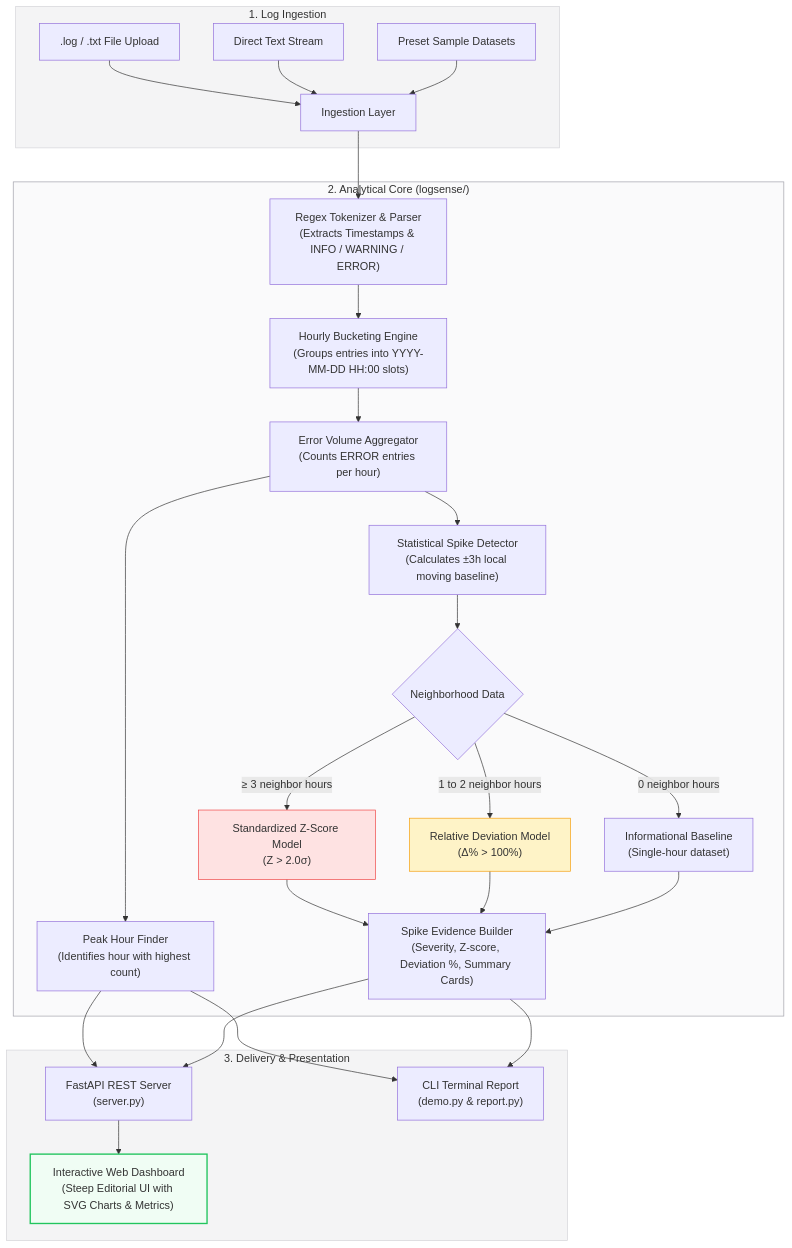
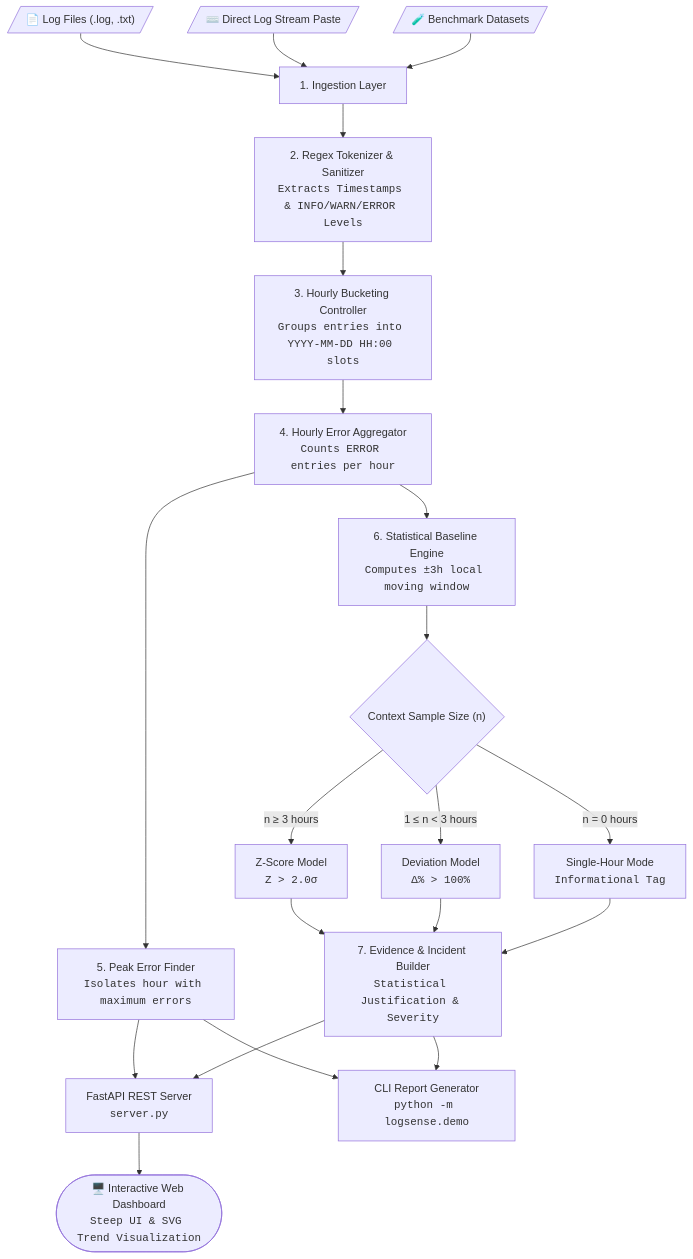
The first of 2 diagrams in README.md (Kanneboinashivakumar/LogSense), drawn with Mermaid before and after one commit. The commit also changed other lines of this file, not shown here.

Commit message:
docs: use clean theme-adaptive Mermaid syntax for architecture diagrams

````diff
--- a/README.md
+++ b/README.md
@@ -56,41 +56,35 @@
 ```mermaid
 flowchart TD
-    subgraph Inputs["1. Log Ingestion"]
-        A[".log / .txt File Upload"] --> D["Ingestion Layer"]
-        B["Direct Text Stream"] --> D
-        C["Preset Sample Datasets"] --> D
-    end
+    %% Inputs
+    In1[/"📄 Log Files (.log, .txt)"/] --> Ingest["1. Ingestion Layer"]
+    In2[/"⌨️ Direct Log Stream Paste"/] --> Ingest
+    In3[/"🧪 Benchmark Datasets"/] --> Ingest
 
-    subgraph CoreEngine["2. Analytical Core (logsense/)"]
-        D --> E["Regex Tokenizer & Parser<br/>(Extracts Timestamps & INFO / WARNING / ERROR)"]
-        E --> F["Hourly Bucketing Engine<br/>(Groups entries into YYYY-MM-DD HH:00 slots)"]
-        F --> G["Error Volume Aggregator<br/>(Counts ERROR entries per hour)"]
-        
-        G --> H["Peak Hour Finder<br/>(Identifies hour with highest count)"]
-        G --> I["Statistical Spike Detector<br/>(Calculates ±3h local moving baseline)"]
-        
-        I --> J{"Neighborhood Data"}
-        J -->|"≥ 3 neighbor hours"| K["Standardized Z-Score Model<br/>(Z > 2.0σ)"]
-        J -->|"1 to 2 neighbor hours"| L["Relative Deviation Model<br/>(Δ% > 100%)"]
-        J -->|"0 neighbor hours"| M["Informational Baseline<br/>(Single-hour dataset)"]
-        
-        K --> N["Spike Evidence Builder<br/>(Severity, Z-score, Deviation %, Summary Cards)"]
-        L --> N
-        M --> N
-    end
+    %% Core Pipeline
+    Ingest --> Parse["2. Regex Tokenizer & Sanitizer<br/><code>Extracts Timestamps & INFO/WARN/ERROR Levels</code>"]
+    Parse --> Bucket["3. Hourly Bucketing Controller<br/><code>Groups entries into YYYY-MM-DD HH:00 slots</code>"]
+    Bucket --> Agg["4. Hourly Error Aggregator<br/><code>Counts ERROR entries per hour</code>"]
 
-    subgraph Outputs["3. Delivery & Presentation"]
-        H --> O["FastAPI REST Server<br/>(server.py)"]
-        N --> O
-        H --> P["CLI Terminal Report<br/>(demo.py & report.py)"]
-        N --> P
-        O --> Q["Interactive Web Dashboard<br/>(Steep Editorial UI with SVG Charts & Metrics)"]
-    end
+    %% Analytics
+    Agg --> Peak["5. Peak Error Finder<br/><code>Isolates hour with maximum errors</code>"]
+    Agg --> Spike["6. Statistical Baseline Engine<br/><code>Computes ±3h local moving window</code>"]
 
-    style Inputs fill:#f4f4f5,stroke:#d4d4d8,stroke-width:1px
-    style CoreEngine fill:#fafafb,stroke:#a1a1aa,stroke-width:1px
-    style Outputs fill:#f4f4f5,stroke:#d4d4d8,stroke-width:1px
-    style K fill:#fee2e2,stroke:#ef4444,stroke-width:1px
-    style L fill:#fef3c7,stroke:#f59e0b,stroke-width:1px
-    style Q fill:#f0fdf4,stroke:#22c55e,stroke-width:2px
+    %% Decision Branch
+    Spike --> Eval{"Context Sample Size (n)"}
+    Eval -->|"n ≥ 3 hours"| ZScore["Z-Score Model<br/><code>Z > 2.0σ</code>"]
+    Eval -->|"1 ≤ n < 3 hours"| Dev["Deviation Model<br/><code>Δ% > 100%</code>"]
+    Eval -->|"n = 0 hours"| Single["Single-Hour Mode<br/><code>Informational Tag</code>"]
+
+    %% Evidence Builder
+    ZScore --> Alert["7. Evidence & Incident Builder<br/><code>Statistical Justification & Severity</code>"]
+    Dev --> Alert
+    Single --> Alert
+
+    %% Outputs
+    Peak --> API["FastAPI REST Server<br/><code>server.py</code>"]
+    Alert --> API
+    Peak --> CLI["CLI Report Generator<br/><code>python -m logsense.demo</code>"]
+    Alert --> CLI
+
+    API --> UI(["🖥️ Interactive Web Dashboard<br/><code>Steep UI & SVG Trend Visualization</code>"])
 ```
````
